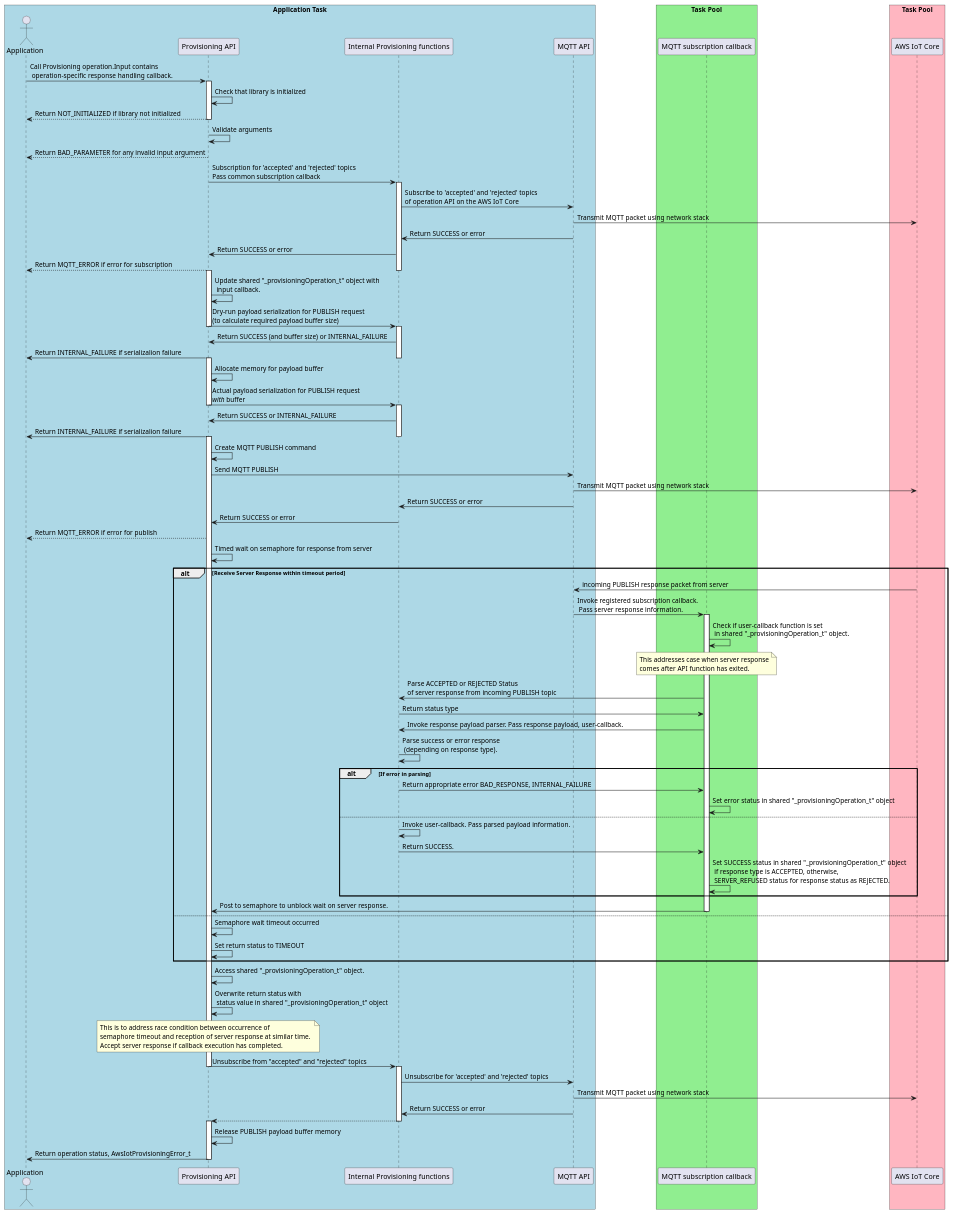
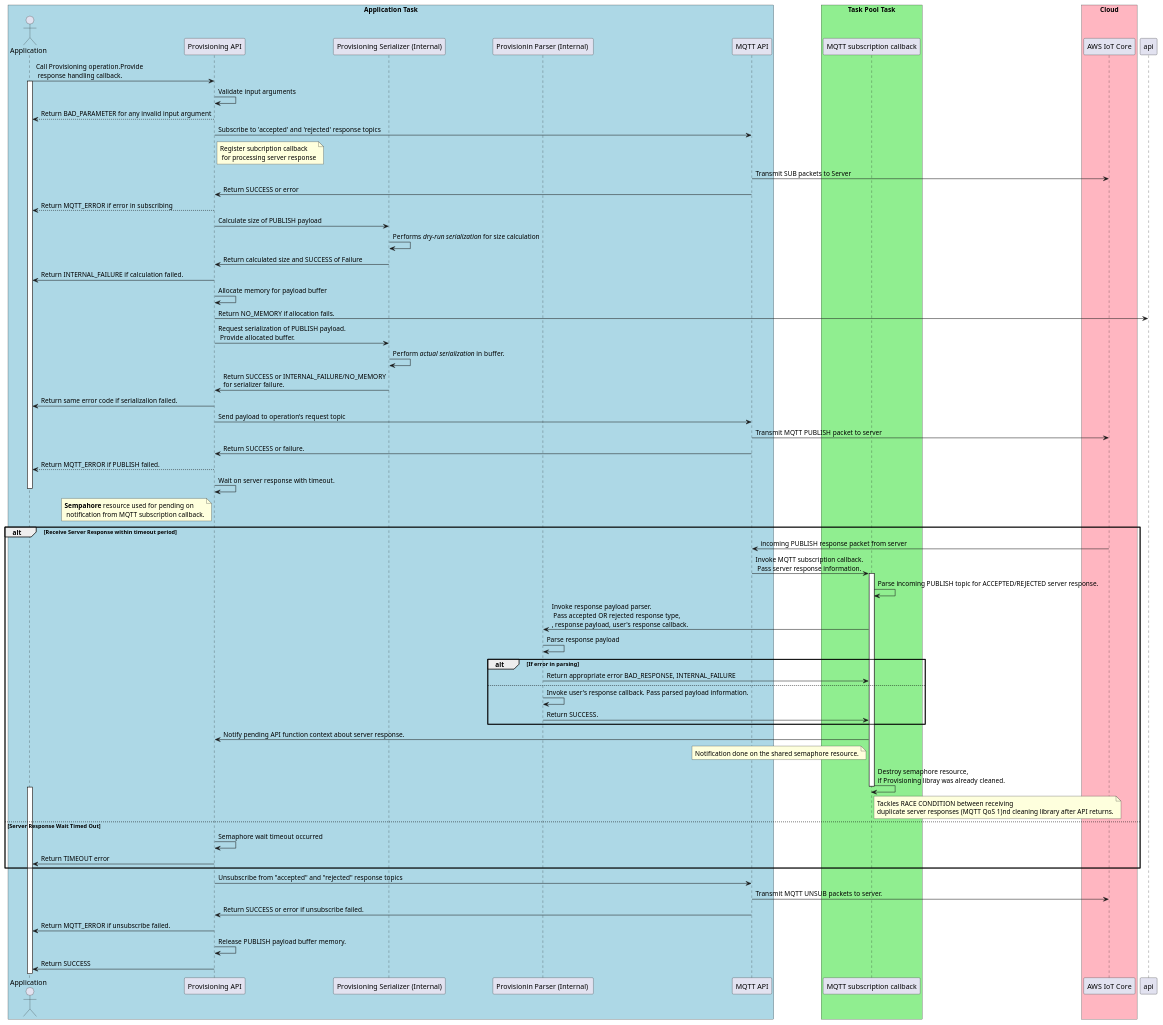
One commit to aws/aws-iot-device-sdk-embedded-C changed the diagram in doc/plantuml/provisioning_sync_operation_design.pu. Above: the diagram before and after it, drawn with PlantUML. The commit also changed 1 other file, not shown here.

Commit message:
Update Provisioning PlantUML design diag

```diff
--- a/doc/plantuml/provisioning_sync_operation_design.pu
+++ b/doc/plantuml/provisioning_sync_operation_design.pu
@@ -1,108 +1,88 @@
 @startuml
 skinparam classFontSize 8
 skinparam classFontName Helvetica
 
 box "Application Task" #LightBlue
 actor Application as app
 participant "Provisioning API" as provisioning
-participant "Internal Provisioning functions" as internal
+participant "Provisioning Serializer (Internal)" as serializer
+participant "Provisionin Parser (Internal) " as parser
 participant "MQTT API" as mqtt
 end box
 
-box "Task Pool" #LightGreen
+box "Task Pool Task" #LightGreen
 participant "MQTT subscription callback" as callback
 end box
 
-box "Task Pool" #LightPink
+box "Cloud" #LightPink
 participant "AWS IoT Core" as aws
 end box
 
-app -> provisioning: Call Provisioning operation.Input contains\n operation-specific response handling callback.
-activate provisioning
+app -> provisioning: Call Provisioning operation.Provide\n response handling callback.
+activate app
 
-provisioning -> provisioning: Check that library is initialized
-return Return NOT_INITIALIZED if library not initialized
-
-provisioning -> provisioning: Validate arguments
+provisioning -> provisioning: Validate input arguments
 provisioning --> app: Return BAD_PARAMETER for any invalid input argument
 
-provisioning -> internal: Subscription for 'accepted' and 'rejected' topics\nPass common subscription callback
-deactivate provisioning
-activate internal
-internal -> mqtt: Subscribe to 'accepted' and 'rejected' topics \nof operation API on the AWS IoT Core
-mqtt -> aws: Transmit MQTT packet using network stack
-mqtt -> internal: Return SUCCESS or error
-internal -> provisioning: Return SUCCESS or error
-provisioning --> app: Return MQTT_ERROR if error for subscription
-deactivate internal
-activate provisioning
+provisioning -> mqtt: Subscribe to 'accepted' and 'rejected' response topics
+note right of provisioning: Register subcription callback\n for processing server response
 
-provisioning -> provisioning: Update shared "_provisioningOperation_t" object with\n input callback.
+mqtt -> aws: Transmit SUB packets to Server
+mqtt -> provisioning: Return SUCCESS or error
+provisioning --> app: Return MQTT_ERROR if error in subscribing
 
-provisioning -> internal: Dry-run payload serialization for PUBLISH request\n(to calculate required payload buffer size)
-deactivate provisioning
-activate internal
-internal -> provisioning: Return SUCCESS (and buffer size) or INTERNAL_FAILURE
-provisioning -> app: Return INTERNAL_FAILURE if serializalion failure
-deactivate internal
-activate provisioning
+provisioning -> serializer: Calculate size of PUBLISH payload
+serializer -> serializer: Performs <i>dry-run serialization</i> for size calculation
+serializer -> provisioning: Return calculated size and SUCCESS of Failure
+provisioning -> app: Return INTERNAL_FAILURE if calculation failed.
 
 provisioning -> provisioning: Allocate memory for payload buffer
-provisioning -> internal: Actual payload serialization for PUBLISH request\n<i>with</i> buffer
-deactivate provisioning
-activate internal
-internal -> provisioning: Return SUCCESS or INTERNAL_FAILURE
-provisioning -> app: Return INTERNAL_FAILURE if serializalion failure
-deactivate internal
-activate provisioning
+provisioning -> api: Return NO_MEMORY if allocation fails.
 
-provisioning -> provisioning: Create MQTT PUBLISH command
-provisioning -> mqtt: Send MQTT PUBLISH
-mqtt -> aws: Transmit MQTT packet using network stack
-mqtt -> internal: Return SUCCESS or error
-internal -> provisioning: Return SUCCESS or error
-provisioning --> app: Return MQTT_ERROR if error for publish
+provisioning -> serializer: Request serialization of PUBLISH payload.\n Provide allocated buffer.  
+serializer -> serializer: Perform <i>actual serialization</i> in buffer.
+serializer -> provisioning: Return SUCCESS or INTERNAL_FAILURE/NO_MEMORY\nfor serializer failure.
+provisioning -> app: Return same error code if serializalion failed.
 
-provisioning -> provisioning: Timed wait on semaphore for response from server
+provisioning -> mqtt: Send payload to operation's request topic
+mqtt -> aws: Transmit MQTT PUBLISH packet to server
+mqtt -> provisioning: Return SUCCESS or failure.
+provisioning --> app: Return MQTT_ERROR if PUBLISH failed.
+
+provisioning -> provisioning: Wait on server response with timeout.
+note left of provisioning: <b>Sempahore</b> resource used for pending on\n notification from MQTT subscription callback.
 alt Receive Server Response within timeout period
+deactivate app
 aws -> mqtt : incoming PUBLISH response packet from server
-mqtt -> callback: Invoke registered subscription callback.\n Pass server response information.
+mqtt -> callback: Invoke MQTT subscription callback.\n Pass server response information.
 activate callback
-callback -> callback: Check if user-callback function is set\n in shared "_provisioningOperation_t" object.
-note over callback: This addresses case when server response\ncomes after API function has exited.
-callback -> internal: Parse ACCEPTED or REJECTED Status \nof server response from incoming PUBLISH topic
-internal -> callback: Return status type
-callback -> internal: Invoke response payload parser. Pass response payload, user-callback.
-internal -> internal: Parse success or error response\n (depending on response type).
+callback -> callback: Parse incoming PUBLISH topic for ACCEPTED/REJECTED server response.
+callback -> parser: Invoke response payload parser.\n Pass accepted OR rejected response type,\n, response payload, user's response callback.
+parser -> parser: Parse response payload
 alt If error in parsing
-internal -> callback: Return appropriate error BAD_RESPONSE, INTERNAL_FAILURE
-callback -> callback: Set error status in shared "_provisioningOperation_t" object
+parser -> callback: Return appropriate error BAD_RESPONSE, INTERNAL_FAILURE
 else 
-internal -> internal: Invoke user-callback. Pass parsed payload information.
-internal -> callback: Return SUCCESS.
-callback -> callback: Set SUCCESS status in shared "_provisioningOperation_t" object\n if response type is ACCEPTED, otherwise,\n SERVER_REFUSED status for response status as REJECTED.
+parser -> parser: Invoke user's response callback. Pass parsed payload information.
+parser -> callback: Return SUCCESS.
 end alt
-callback -> provisioning: Post to semaphore to unblock wait on server response.
+callback -> provisioning: Notify pending API function context about server response.
+note left of callback: Notification done on the shared semaphore resource.
+callback -> callback: Destroy semaphore resource,\nif Provisioning libray was already cleaned.
+note right of callback: Tackles RACE CONDITION between receiving\nduplicate server responses (MQTT QoS 1)\and cleaning library after API returns.
 deactivate callback
-else
+activate app
+else Server Response Wait Timed Out
 provisioning -> provisioning: Semaphore wait timeout occurred
-provisioning -> provisioning: Set return status to TIMEOUT
+provisioning -> app: Return TIMEOUT error
 end alt
-provisioning -> provisioning: Access shared "_provisioningOperation_t" object.
-provisioning -> provisioning: Overwrite return status with\n status value in shared "_provisioningOperation_t" object
-note over provisioning: This is to address race condition between occurrence of\nsemaphore timeout and reception of server response at similar time. \nAccept server response if callback execution has completed.
 
-provisioning -> internal: Unsubscribe from "accepted" and "rejected" topics
-deactivate provisioning
-activate internal
-internal -> mqtt: Unsubscribe for 'accepted' and 'rejected' topics
-mqtt -> aws: Transmit MQTT packet using network stack
-mqtt -> internal: Return SUCCESS or error
-return
-deactivate internal
-activate provisioning
-provisioning -> provisioning: Release PUBLISH payload buffer memory
-provisioning -> app: Return operation status, AwsIotProvisioningError_t
+provisioning -> mqtt: Unsubscribe from "accepted" and "rejected" response topics
+mqtt -> aws: Transmit MQTT UNSUB packets to server.
+mqtt -> provisioning: Return SUCCESS or error if unsubscribe failed.
+provisioning -> app: Return MQTT_ERROR if unsubscribe failed.
+
+provisioning -> provisioning: Release PUBLISH payload buffer memory.
+provisioning -> app: Return SUCCESS
 deactivate provisioning
 
 @enduml
```
